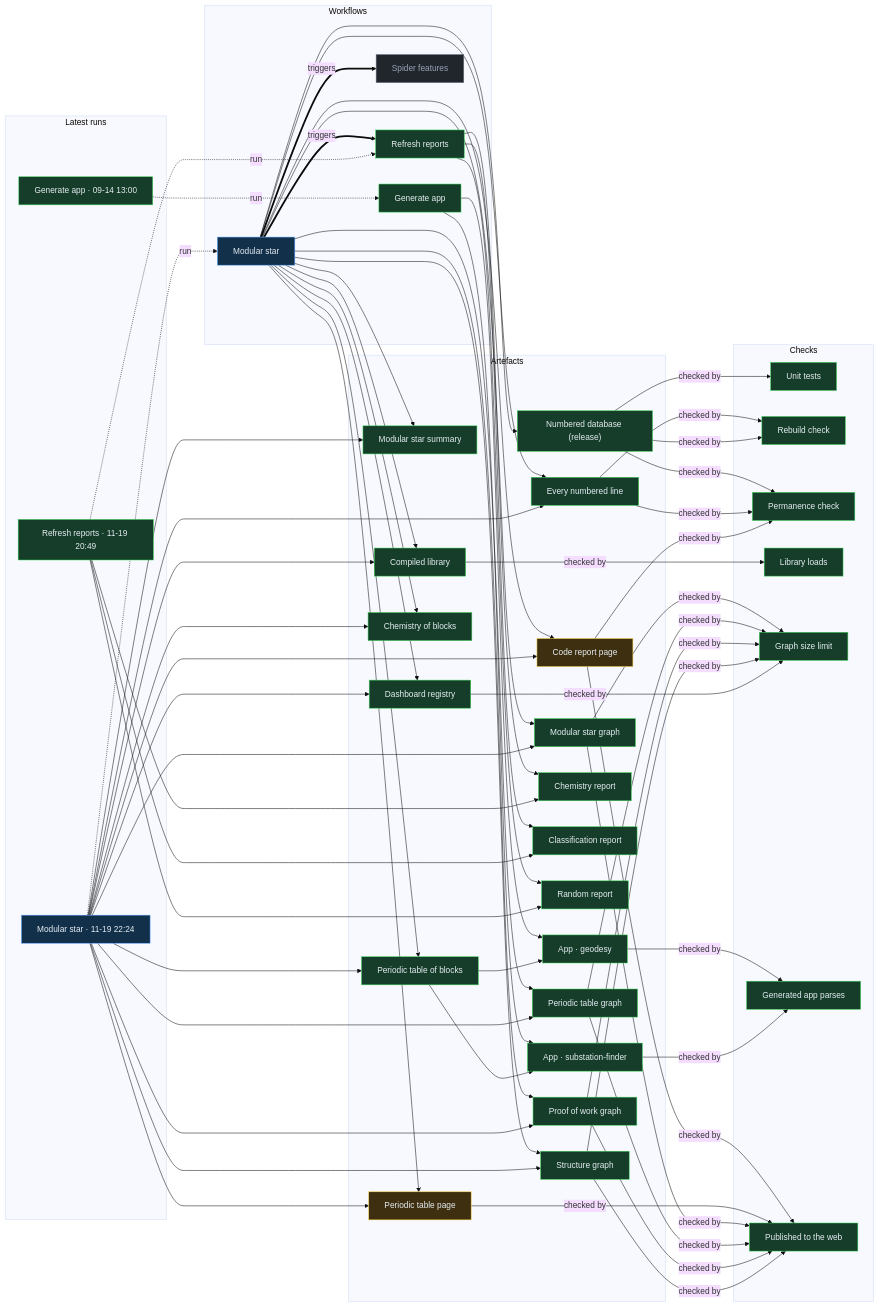
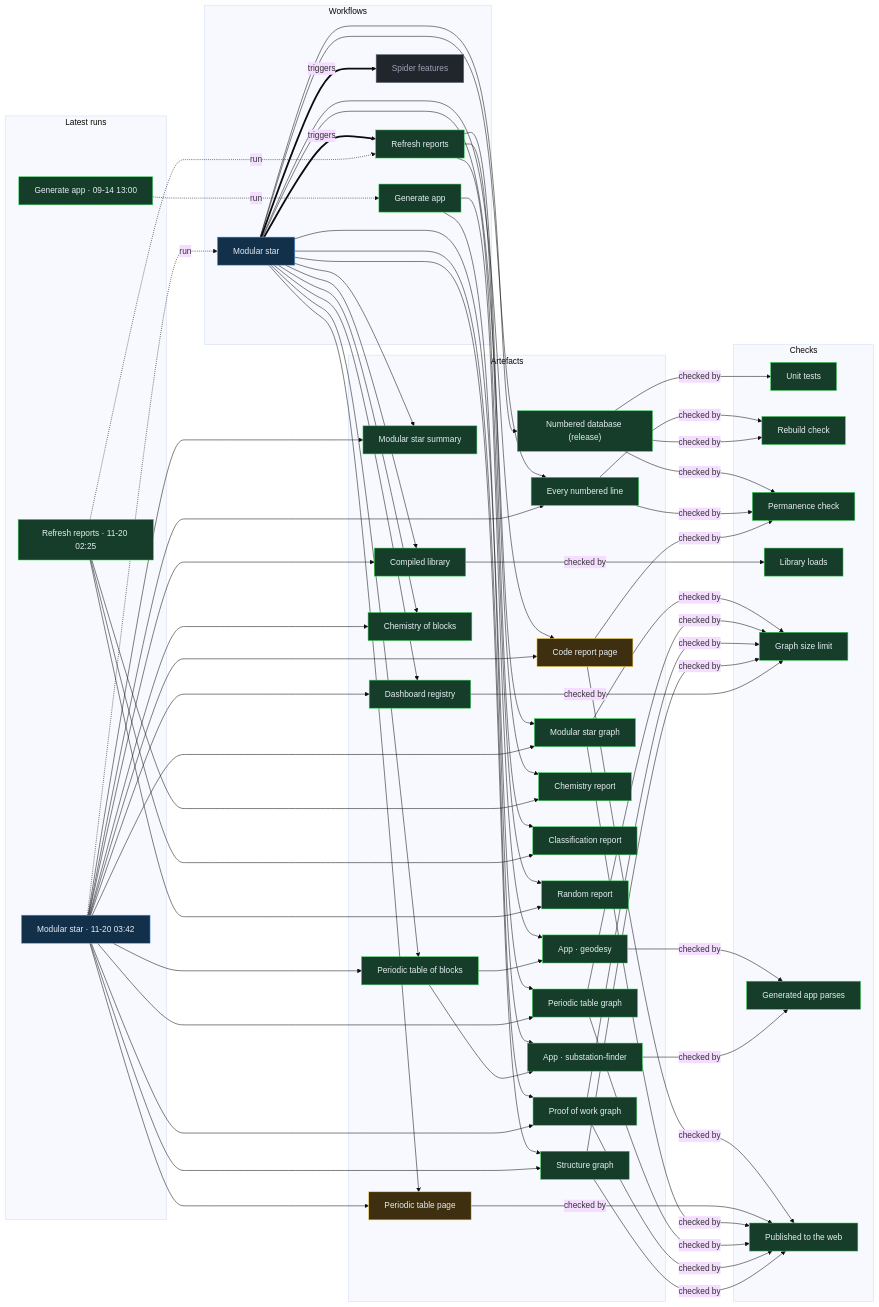
Before and after one commit to Ventusltd/stars: the diagram in proof/PROOF.md, drawn with Mermaid (base theme). The commit also changed other lines of this file and 39 other files, not shown here.

Commit message:
Modular star 2026-11-20T03:45Z

```diff
--- a/proof/PROOF.md
+++ b/proof/PROOF.md
@@ -24,8 +24,8 @@
   n_wf_spider_features["Spider features"]:::off
   end
   subgraph g_runs["Latest runs"]
-  n_run_44628332543["Modular star · 11-19 22:24"]:::live
-  n_run_44612642070["Refresh reports · 11-19 20:49"]:::ok
+  n_run_44669501078["Modular star · 11-20 03:42"]:::live
+  n_run_44660722671["Refresh reports · 11-20 02:25"]:::ok
   n_run_34846587798["Generate app · 09-14 13:00"]:::ok
   end
   subgraph g_artefacts["Artefacts"]
@@ -59,39 +59,39 @@
   end
   n_wf_modular_star == triggers ==> n_wf_refresh
   n_wf_modular_star == triggers ==> n_wf_spider_features
-  n_run_44628332543 -. run .-> n_wf_modular_star
-  n_run_44612642070 -. run .-> n_wf_refresh
+  n_run_44669501078 -. run .-> n_wf_modular_star
+  n_run_44660722671 -. run .-> n_wf_refresh
   n_run_34846587798 -. run .-> n_wf_generate
   n_wf_modular_star --> n_art_summary
-  n_run_44628332543 --> n_art_summary
+  n_run_44669501078 --> n_art_summary
   n_wf_modular_star --> n_art_lines
-  n_run_44628332543 --> n_art_lines
+  n_run_44669501078 --> n_art_lines
   n_wf_modular_star --> n_art_code
-  n_run_44628332543 --> n_art_code
+  n_run_44669501078 --> n_art_code
   n_wf_modular_star --> n_art_modular_graph
-  n_run_44628332543 --> n_art_modular_graph
+  n_run_44669501078 --> n_art_modular_graph
   n_wf_modular_star --> n_art_blocks
-  n_run_44628332543 --> n_art_blocks
+  n_run_44669501078 --> n_art_blocks
   n_wf_modular_star --> n_art_table
-  n_run_44628332543 --> n_art_table
+  n_run_44669501078 --> n_art_table
   n_wf_modular_star --> n_art_blocks_graph
-  n_run_44628332543 --> n_art_blocks_graph
+  n_run_44669501078 --> n_art_blocks_graph
   n_wf_modular_star --> n_art_reactions
-  n_run_44628332543 --> n_art_reactions
+  n_run_44669501078 --> n_art_reactions
   n_wf_modular_star --> n_art_library
-  n_run_44628332543 --> n_art_library
+  n_run_44669501078 --> n_art_library
   n_wf_modular_star --> n_art_features
-  n_run_44628332543 --> n_art_features
+  n_run_44669501078 --> n_art_features
   n_wf_modular_star --> n_art_proof
-  n_run_44628332543 --> n_art_proof
+  n_run_44669501078 --> n_art_proof
   n_wf_modular_star --> n_art_structure
-  n_run_44628332543 --> n_art_structure
+  n_run_44669501078 --> n_art_structure
   n_wf_refresh --> n_art_chemistry
-  n_run_44612642070 --> n_art_chemistry
+  n_run_44660722671 --> n_art_chemistry
   n_wf_refresh --> n_art_vedic
-  n_run_44612642070 --> n_art_vedic
+  n_run_44660722671 --> n_art_vedic
   n_wf_refresh --> n_art_random
-  n_run_44612642070 --> n_art_random
+  n_run_44660722671 --> n_art_random
   n_wf_modular_star --> n_art_release
   n_wf_generate --> n_app_geodesy
   n_art_blocks --> n_app_geodesy
```
